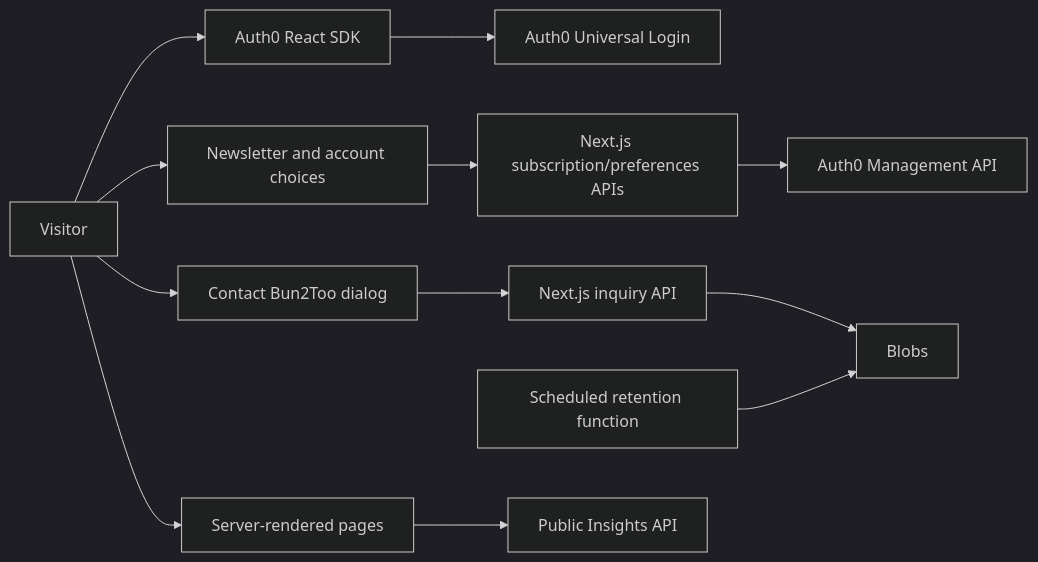
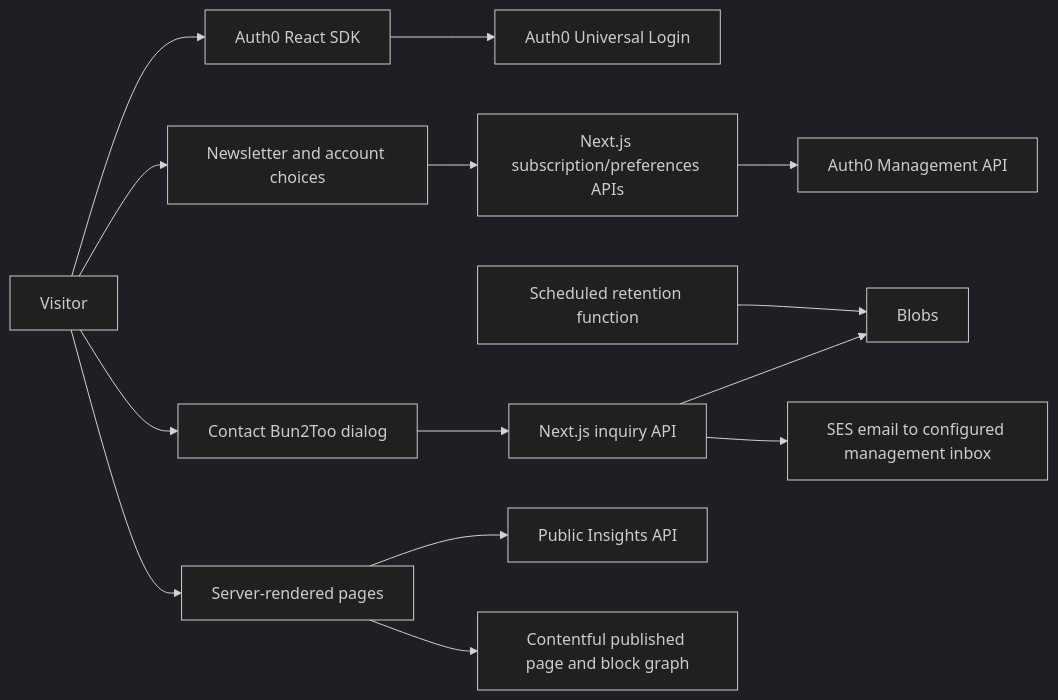
The diagram in docs/architecture.md (Bun2too/bun2too-website), drawn with Mermaid (dark theme) before and after one commit. The commit also changed other lines of this file and 121 other files, not shown here.

````diff
--- a/docs/architecture.md
+++ b/docs/architecture.md
@@ -46,14 +48,16 @@
 ```mermaid
 flowchart LR
   Visitor --> Public[Server-rendered pages]
   Visitor --> Login[Auth0 React SDK]
   Login --> Auth0[Auth0 Universal Login]
   Visitor --> Forms[Newsletter and account choices]
   Forms --> Preferences[Next.js subscription/preferences APIs]
   Preferences --> Management[Auth0 Management API]
   Visitor --> Widget[Contact Bun2Too dialog]
   Widget --> Inquiry[Next.js inquiry API]
   Inquiry --> Blobs
+  Inquiry --> SES[SES email to configured management inbox]
   Retention[Scheduled retention function] --> Blobs
   Public --> Editorial[Public Insights API]
+  Public --> CMS[Contentful published page and block graph]
 ```
````
